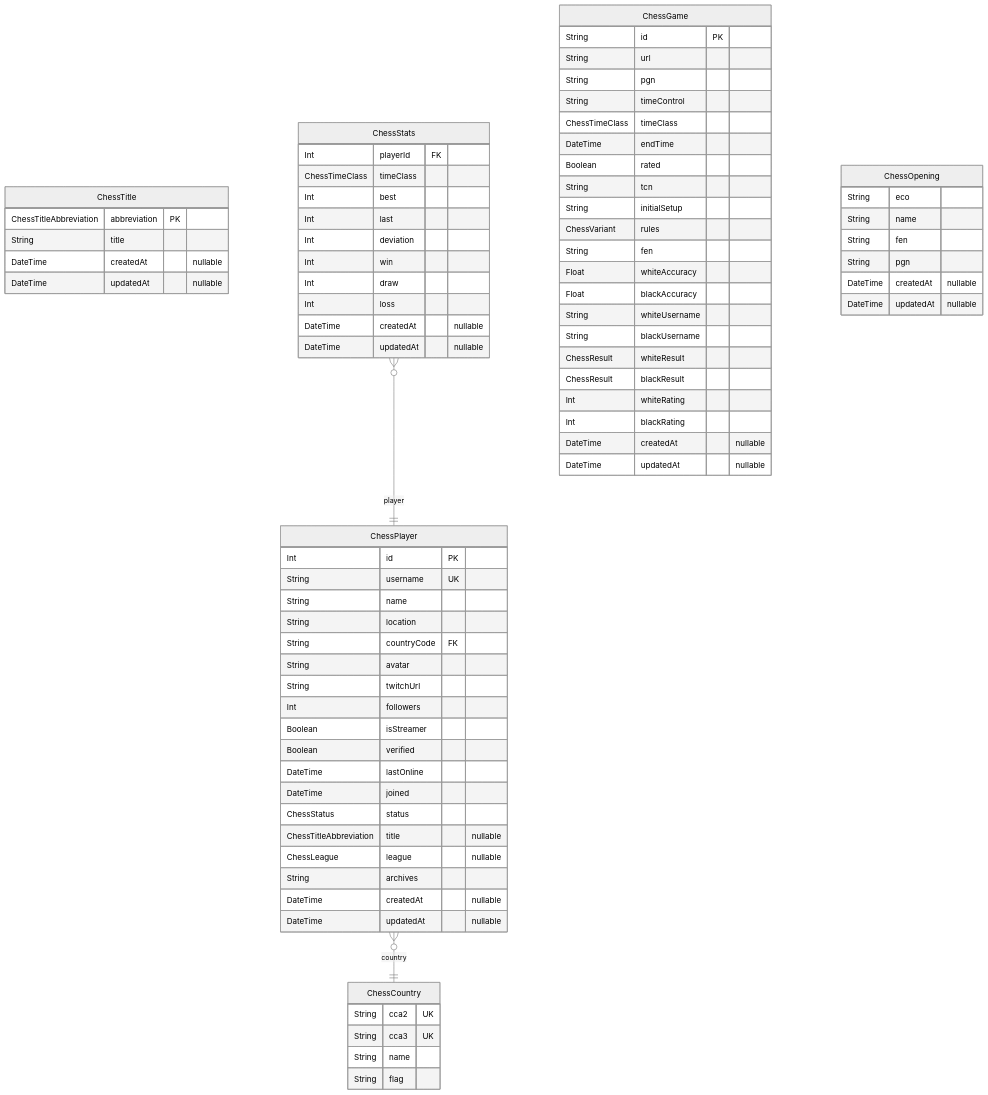
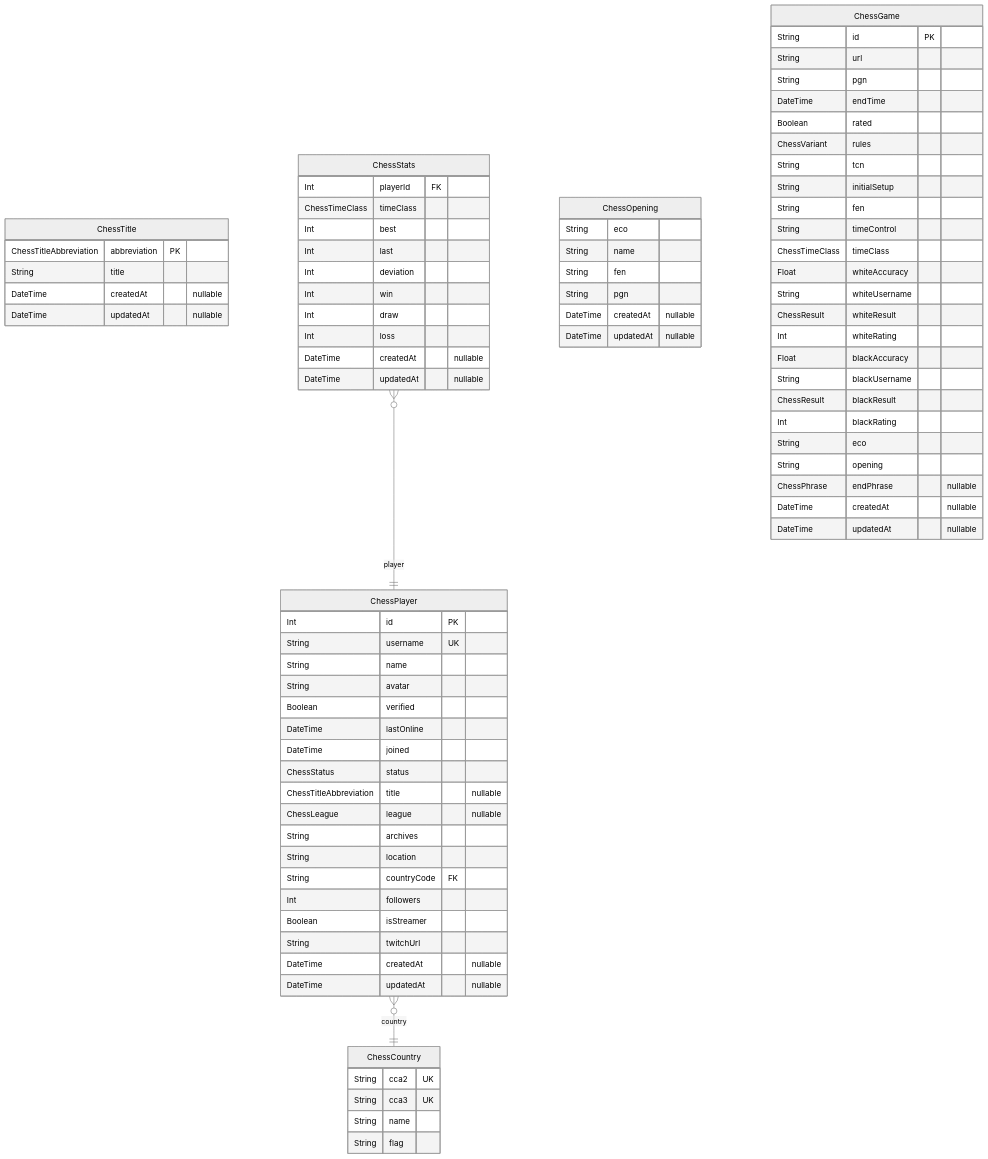
Before and after one commit to hieudoanm/hieudoanm.github.io: the diagram in app/chess/prisma/README.md, drawn with Mermaid (neutral theme). The commit also changed other lines of this file and 17 other files, not shown here.

````diff
--- a/app/chess/prisma/README.md
+++ b/app/chess/prisma/README.md
@@ -10,12 +10,7 @@
     Int id PK
     String username UK
     String name
-    String location
-    String countryCode FK
     String avatar
-    String twitchUrl
-    Int followers
-    Boolean isStreamer
     Boolean verified
     DateTime lastOnline
     DateTime joined
@@ -23,6 +18,11 @@
     ChessTitleAbbreviation title "nullable"
     ChessLeague league "nullable"
     String archives
+    String location
+    String countryCode FK
+    Int followers
+    Boolean isStreamer
+    String twitchUrl
     DateTime createdAt "nullable"
     DateTime updatedAt "nullable"
 }
@@ -50,29 +50,6 @@
     DateTime createdAt "nullable"
     DateTime updatedAt "nullable"
 }
-"ChessGame" {
-    String id PK
-    String url
-    String pgn
-    String timeControl
-    ChessTimeClass timeClass
-    DateTime endTime
-    Boolean rated
-    String tcn
-    String initialSetup
-    ChessVariant rules
-    String fen
-    Float whiteAccuracy
-    Float blackAccuracy
-    String whiteUsername
-    String blackUsername
-    ChessResult whiteResult
-    ChessResult blackResult
-    Int whiteRating
-    Int blackRating
-    DateTime createdAt "nullable"
-    DateTime updatedAt "nullable"
-}
 "ChessOpening" {
     String eco
     String name
@@ -81,6 +58,32 @@
     DateTime createdAt "nullable"
     DateTime updatedAt "nullable"
 }
+"ChessGame" {
+    String id PK
+    String url
+    String pgn
+    DateTime endTime
+    Boolean rated
+    ChessVariant rules
+    String tcn
+    String initialSetup
+    String fen
+    String timeControl
+    ChessTimeClass timeClass
+    Float whiteAccuracy
+    String whiteUsername
+    ChessResult whiteResult
+    Int whiteRating
+    Float blackAccuracy
+    String blackUsername
+    ChessResult blackResult
+    Int blackRating
+    String eco
+    String opening
+    ChessPhrase endPhrase "nullable"
+    DateTime createdAt "nullable"
+    DateTime updatedAt "nullable"
+}
 "ChessPlayer" }o--|| "ChessCountry" : country
 "ChessStats" }o--|| "ChessPlayer" : player
 ```
````
